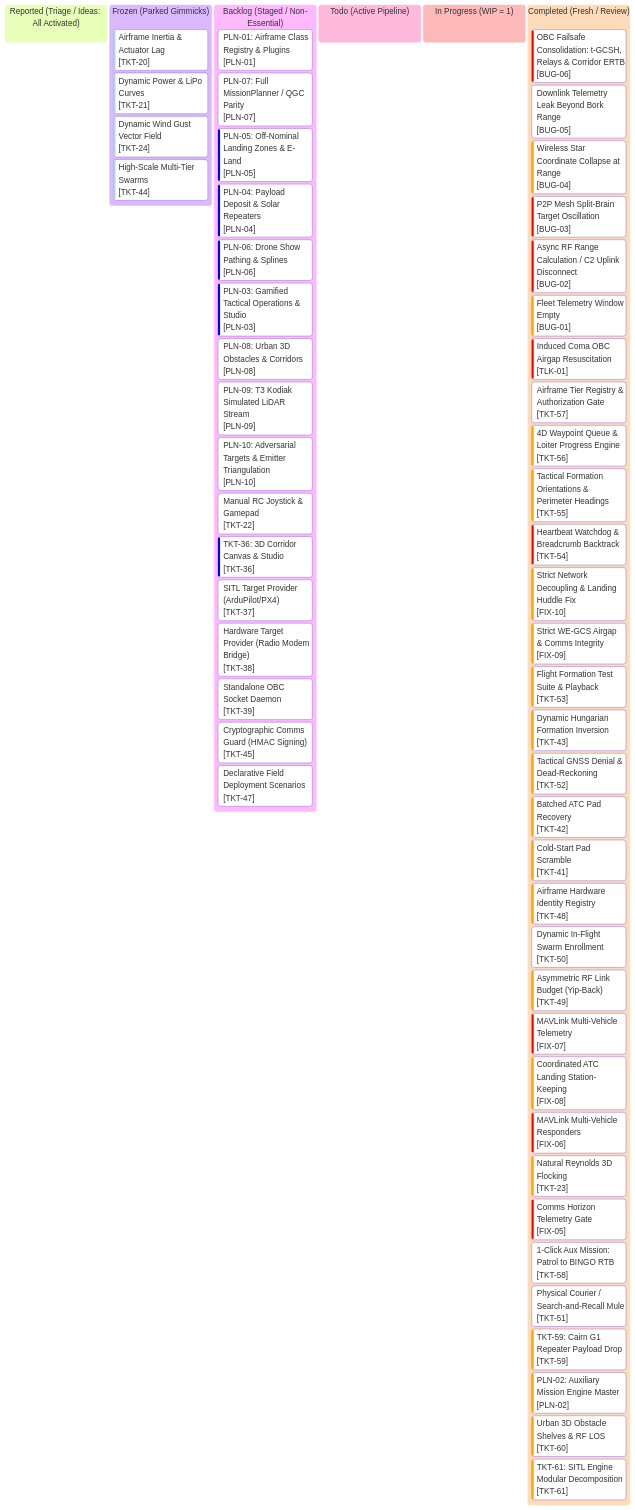
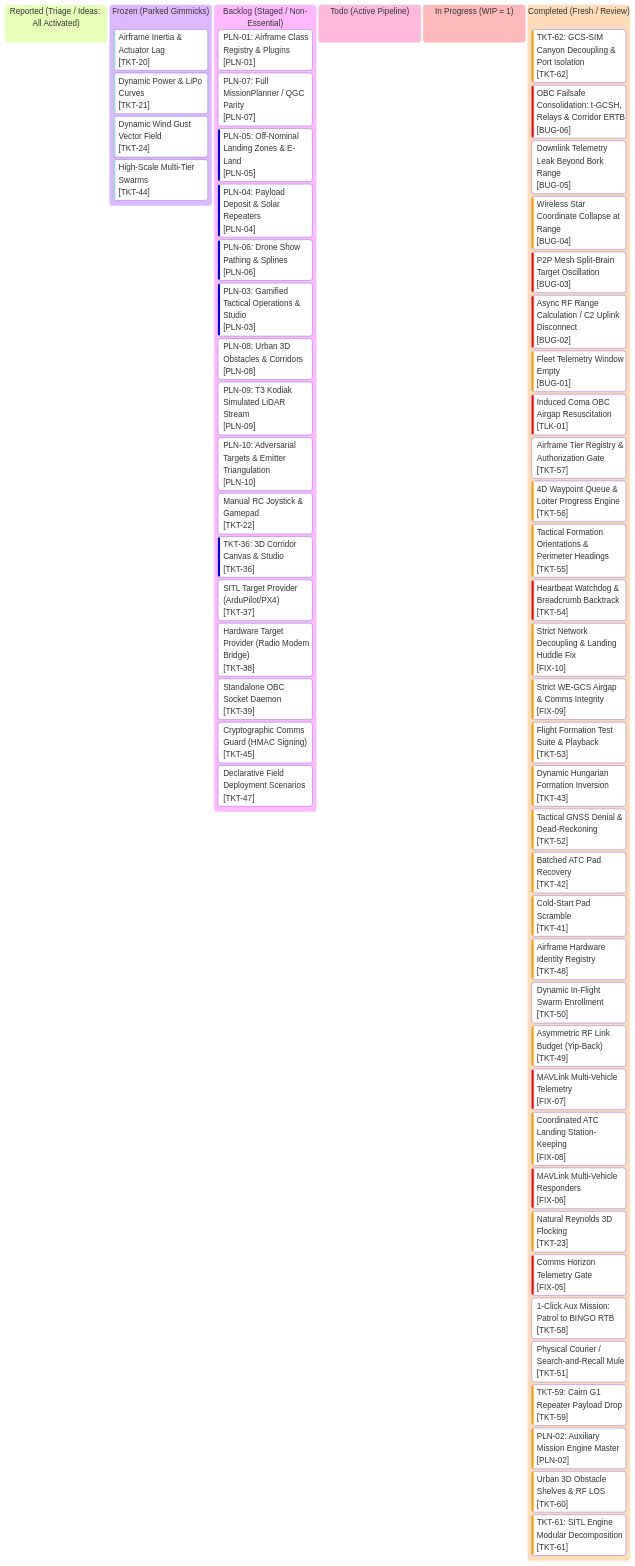
The diagram in roadmap/kanban.md (AlitheiaDeus/AlitheiaHive), drawn with Mermaid before and after one commit. The commit also changed other lines of this file and 6 other files, not shown here.

Commit message:
refactor(gcs): decouple web_server from sim and enforce pure UDP port isolation (TKT-62)

````diff
--- a/roadmap/kanban.md
+++ b/roadmap/kanban.md
@@ -10,81 +10,82 @@
 ```mermaid
 %%{init: {
   'theme': 'base',
   'themeVariables': {
     'primaryColor': '#0d2235',
     'primaryTextColor': '#d4f4ff',
     'primaryBorderColor': '#00f0ff',
     'lineColor': '#00f0ff',
     'background': '#061019',
     'mainBkg': '#0a1926',
     'secondaryColor': '#081420',
     'secondaryTextColor': '#5a7e96',
     'secondaryBorderColor': '#134e6f',
     'tertiaryColor': '#0e263d',
     'tertiaryTextColor': '#00ffaa',
     'tertiaryBorderColor': '#00ffaa',
     'clusterBkg': '#081420',
     'clusterBorder': '#134e6f',
     'fontFamily': "'JetBrains Mono', 'Courier New', monospace"
   }
 }}%%
 kanban
   reported["Reported (Triage / Ideas: All Activated)"]
   frozen["Frozen (Parked Gimmicks)"]
     tkt20["Airframe Inertia & Actuator Lag"]@{ ticket: '[TKT-20]', priority: 'Very Low' }
     tkt21["Dynamic Power & LiPo Curves"]@{ ticket: '[TKT-21]', priority: 'Very Low' }
     tkt24["Dynamic Wind Gust Vector Field"]@{ ticket: '[TKT-24]', priority: 'Very Low' }
     tkt44["High-Scale Multi-Tier Swarms"]@{ ticket: '[TKT-44]', priority: 'Very Low' }
   backlog["Backlog (Staged / Non-Essential)"]
     pln01["PLN-01: Airframe Class Registry & Plugins"]@{ ticket: '[PLN-01]', priority: 'Medium' }
     pln07["PLN-07: Full MissionPlanner / QGC Parity"]@{ ticket: '[PLN-07]', priority: 'Medium' }
     pln05["PLN-05: Off-Nominal Landing Zones & E-Land"]@{ ticket: '[PLN-05]', priority: 'Low' }
     pln04["PLN-04: Payload Deposit & Solar Repeaters"]@{ ticket: '[PLN-04]', priority: 'Low' }
     pln06["PLN-06: Drone Show Pathing & Splines"]@{ ticket: '[PLN-06]', priority: 'Low' }
     pln03["PLN-03: Gamified Tactical Operations & Studio"]@{ ticket: '[PLN-03]', priority: 'Low' }
     pln08["PLN-08: Urban 3D Obstacles & Corridors"]@{ ticket: '[PLN-08]', priority: 'Medium' }
     pln09["PLN-09: T3 Kodiak Simulated LiDAR Stream"]@{ ticket: '[PLN-09]', priority: 'Medium' }
     pln10["PLN-10: Adversarial Targets & Emitter Triangulation"]@{ ticket: '[PLN-10]', priority: 'Medium' }
     tkt22["Manual RC Joystick & Gamepad"]@{ ticket: '[TKT-22]', priority: 'Medium' }
     tkt36["TKT-36: 3D Corridor Canvas & Studio"]@{ ticket: '[TKT-36]', priority: 'Low' }
     tkt37["SITL Target Provider (ArduPilot/PX4)"]@{ ticket: '[TKT-37]', priority: 'Medium' }
     tkt38["Hardware Target Provider (Radio Modem Bridge)"]@{ ticket: '[TKT-38]', priority: 'Medium' }
     tkt39["Standalone OBC Socket Daemon"]@{ ticket: '[TKT-39]', priority: 'Medium' }
     tkt45["Cryptographic Comms Guard (HMAC Signing)"]@{ ticket: '[TKT-45]', priority: 'Medium' }
     tkt47["Declarative Field Deployment Scenarios"]@{ ticket: '[TKT-47]', priority: 'Medium' }
   todo["Todo (Active Pipeline)"]
   in_progress["In Progress (WIP = 1)"]
   completed["Completed (Fresh / Review)"]
+    tkt62["TKT-62: GCS-SIM Canyon Decoupling & Port Isolation"]@{ ticket: '[TKT-62]', priority: 'High' }
     bug06["OBC Failsafe Consolidation: t-GCSH, Relays & Corridor ERTB"]@{ ticket: '[BUG-06]', priority: 'Very High' }
     bug05["Downlink Telemetry Leak Beyond Bork Range"]@{ ticket: '[BUG-05]', priority: 'Medium' }
     bug04["Wireless Star Coordinate Collapse at Range"]@{ ticket: '[BUG-04]', priority: 'High' }
     bug03["P2P Mesh Split-Brain Target Oscillation"]@{ ticket: '[BUG-03]', priority: 'Very High' }
     bug02["Async RF Range Calculation / C2 Uplink Disconnect"]@{ ticket: '[BUG-02]', priority: 'Very High' }
     bug01["Fleet Telemetry Window Empty"]@{ ticket: '[BUG-01]', priority: 'High' }
     tlk01["Induced Coma OBC Airgap Resuscitation"]@{ ticket: '[TLK-01]', priority: 'Very High' }
     tkt57["Airframe Tier Registry & Authorization Gate"]@{ ticket: '[TKT-57]', priority: 'Medium' }
     tkt56["4D Waypoint Queue & Loiter Progress Engine"]@{ ticket: '[TKT-56]', priority: 'High' }
     tkt55["Tactical Formation Orientations & Perimeter Headings"]@{ ticket: '[TKT-55]', priority: 'High' }
     tkt54["Heartbeat Watchdog & Breadcrumb Backtrack"]@{ ticket: '[TKT-54]', priority: 'Very High' }
     fix10["Strict Network Decoupling & Landing Huddle Fix"]@{ ticket: '[FIX-10]', priority: 'High' }
     fix09["Strict WE-GCS Airgap & Comms Integrity"]@{ ticket: '[FIX-09]', priority: 'High' }
     tkt53["Flight Formation Test Suite & Playback"]@{ ticket: '[TKT-53]', priority: 'High' }
     tkt43["Dynamic Hungarian Formation Inversion"]@{ ticket: '[TKT-43]', priority: 'High' }
     tkt52["Tactical GNSS Denial & Dead-Reckoning"]@{ ticket: '[TKT-52]', priority: 'High' }
     tkt42["Batched ATC Pad Recovery"]@{ ticket: '[TKT-42]', priority: 'High' }
     tkt41["Cold-Start Pad Scramble"]@{ ticket: '[TKT-41]', priority: 'High' }
     tkt48["Airframe Hardware Identity Registry"]@{ ticket: '[TKT-48]', priority: 'High' }
     tkt50["Dynamic In-Flight Swarm Enrollment"]@{ ticket: '[TKT-50]', priority: 'Medium' }
     tkt49["Asymmetric RF Link Budget (Yip-Back)"]@{ ticket: '[TKT-49]', priority: 'High' }
     fix07["MAVLink Multi-Vehicle Telemetry"]@{ ticket: '[FIX-07]', priority: 'Very High' }
     fix08["Coordinated ATC Landing Station-Keeping"]@{ ticket: '[FIX-08]', priority: 'High' }
     fix06["MAVLink Multi-Vehicle Responders"]@{ ticket: '[FIX-06]', priority: 'Very High' }
     tkt23["Natural Reynolds 3D Flocking"]@{ ticket: '[TKT-23]', priority: 'High' }
     fix05["Comms Horizon Telemetry Gate"]@{ ticket: '[FIX-05]', priority: 'Very High' }
     tkt58["1-Click Aux Mission: Patrol to BINGO RTB"]@{ ticket: '[TKT-58]', priority: 'Medium' }
     tkt51["Physical Courier / Search-and-Recall Mule"]@{ ticket: '[TKT-51]', priority: 'Medium' }
     tkt59["TKT-59: Cairn G1 Repeater Payload Drop"]@{ ticket: '[TKT-59]', priority: 'High' }
     pln02["PLN-02: Auxiliary Mission Engine Master"]@{ ticket: '[PLN-02]', priority: 'High' }
     tkt60["Urban 3D Obstacle Shelves & RF LOS"]@{ ticket: '[TKT-60]', priority: 'High' }
     tkt61["TKT-61: SITL Engine Modular Decomposition"]@{ ticket: '[TKT-61]', priority: 'High' }
 ```
````
